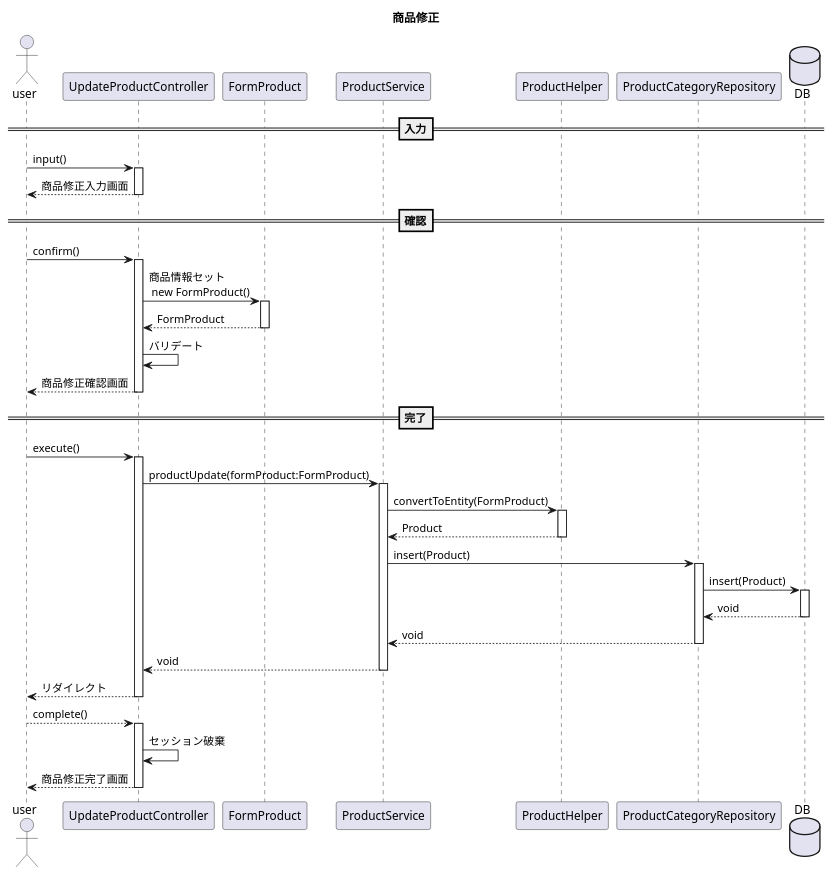
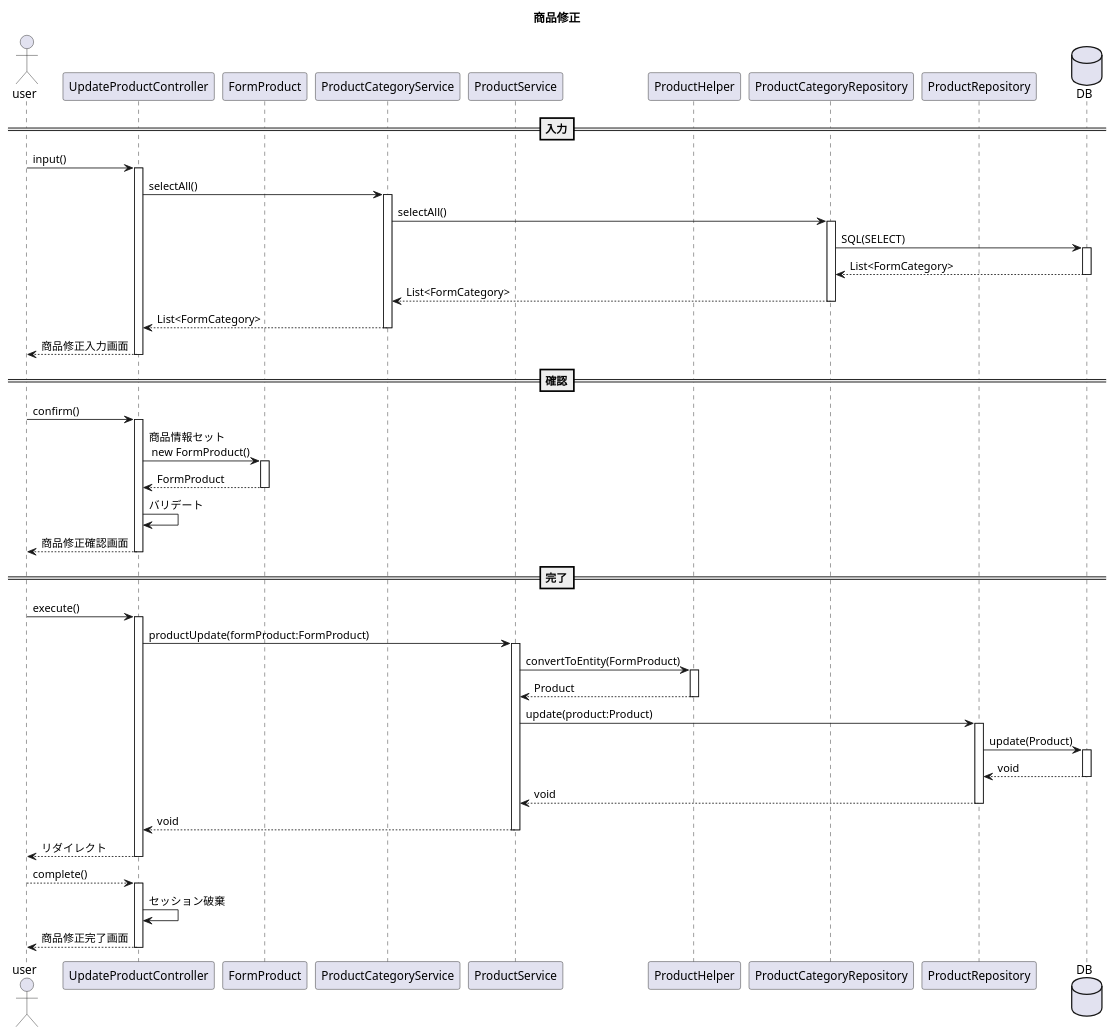
Before and after one commit to kanavii3333/ec-b: the diagram in plan/uml/sequence/uc012.plantuml, drawn with PlantUML.

Commit message:
カテゴリをDBから取ってくるのを追加

```diff
--- a/plan/uml/sequence/uc012.plantuml
+++ b/plan/uml/sequence/uc012.plantuml
@@ -1,35 +1,43 @@
 @startuml
 title 商品修正
 actor user
 participant UpdateProductController as Controller
 participant FormProduct as Form
+participant ProductCategoryService as Service1
 participant ProductService as Service
 participant ProductHelper as Helper
 participant ProductCategoryRepository as Repository
+participant ProductRepository as Repository1
 database DB
 
 ==入力==
 user -> Controller++:input()
+Controller -> Service1++:selectAll()
+Service1 -> Repository++:selectAll()
+Repository -> DB++:SQL(SELECT)
+Repository <-- DB--:List<FormCategory>
+Service1 <-- Repository--:List<FormCategory>
+Controller <-- Service1--:List<FormCategory>
 user <-- Controller--:商品修正入力画面
 ==確認==
 user -> Controller++:confirm()
 Controller -> Form++:商品情報セット\n new FormProduct()
 Controller <-- Form--:FormProduct
 Controller -> Controller:バリデート
 user <-- Controller--:商品修正確認画面
 ==完了==
 user -> Controller++:execute()
 Controller -> Service++:productUpdate(formProduct:FormProduct)
 Service -> Helper++:convertToEntity(FormProduct)
 Service <-- Helper--:Product
-Service -> Repository++:insert(Product)
-Repository -> DB++:insert(Product)
-Repository <-- DB--:void
-Service <-- Repository--:void
+Service -> Repository1++:update(product:Product)
+Repository1 -> DB++:update(Product)
+Repository1 <-- DB--:void
+Service <-- Repository1--:void
 Controller <-- Service--:void
 user <-- Controller--:リダイレクト
 user --> Controller++:complete()
 Controller -> Controller:セッション破棄
 user <-- Controller--:商品修正完了画面
 
 @enduml
```
